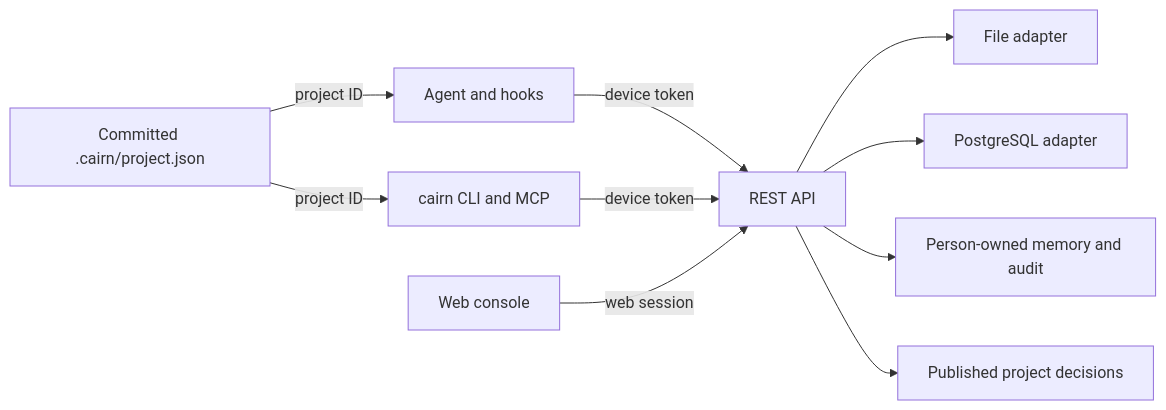
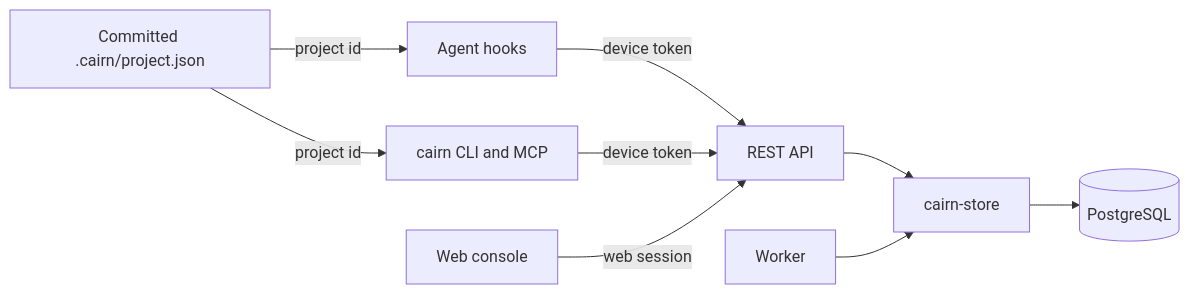
The first of 4 diagrams in docs/data-flow.md (cunilab/cairn-memory), drawn with Mermaid before and after one commit. The commit also changed other lines of this file and 139 other files, not shown here.

````diff
--- a/docs/data-flow.md
+++ b/docs/data-flow.md
@@ -15,12 +15,11 @@
 ```mermaid
 flowchart LR
-    Agent[Agent and hooks] -->|device token| API[REST API]
+    Agent[Agent hooks] -->|device token| API[REST API]
     CLI[cairn CLI and MCP] -->|device token| API
     Web[Web console] -->|web session| API
-    API --> File[File adapter]
-    API --> PG[PostgreSQL adapter]
-    API --> Private[Person-owned memory and audit]
-    API --> Published[Published project decisions]
-    Repo[Committed .cairn/project.json] -->|project ID| Agent
-    Repo -->|project ID| CLI
+    API --> Store[cairn-store]
+    Store --> PG[(PostgreSQL)]
+    Worker[Worker] --> Store
+    Repo[Committed .cairn/project.json] -->|project id| Agent
+    Repo -->|project id| CLI
 ```
````
